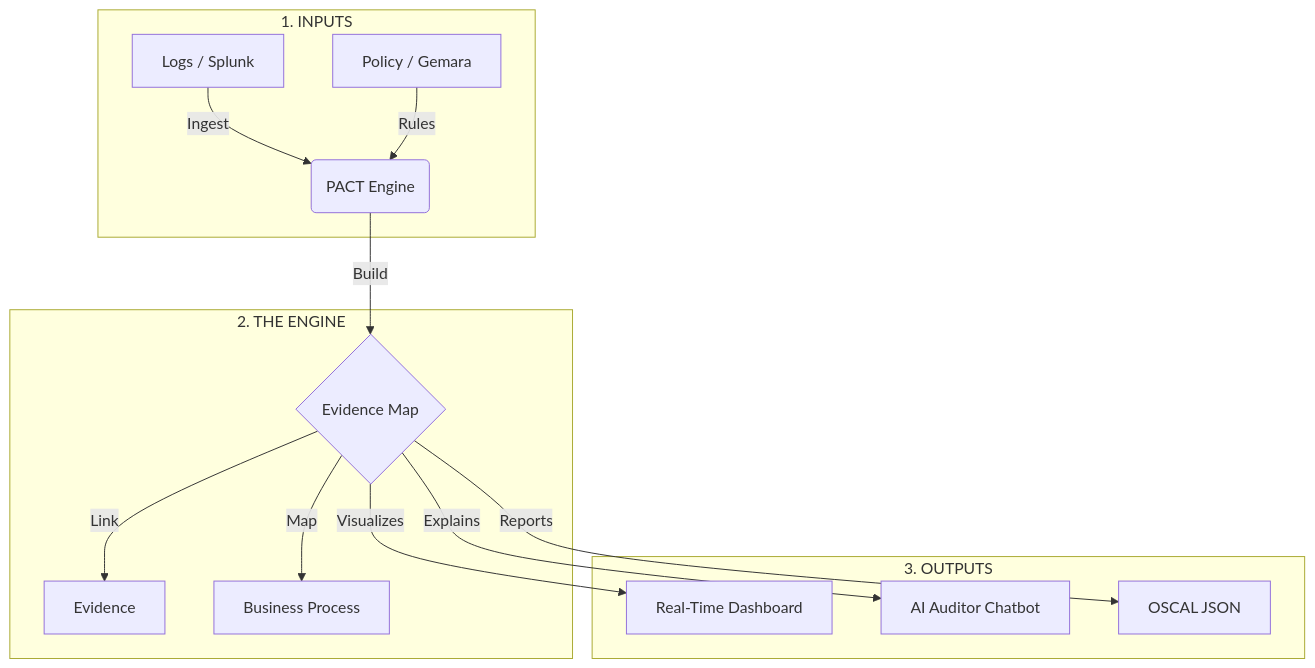
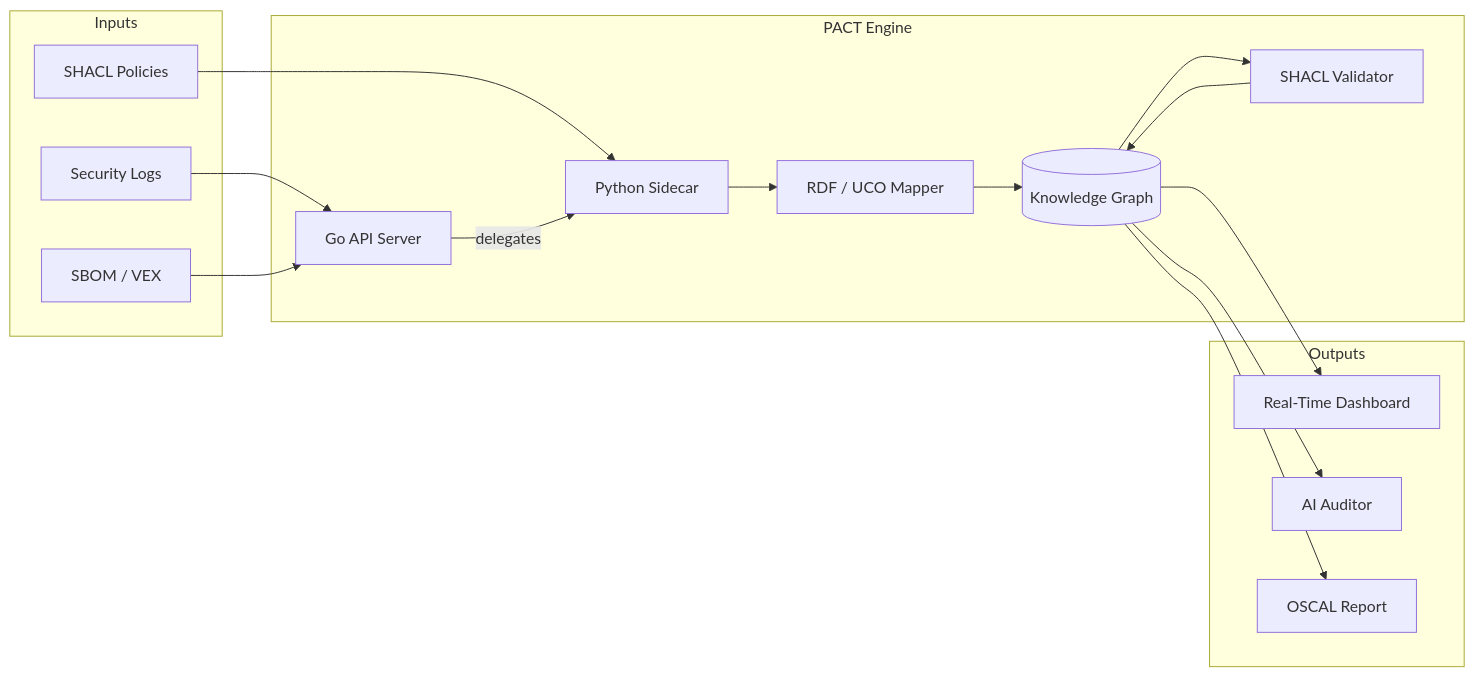
The second of 2 diagrams in README.md (andreahall12/PACT-compliance-engine), drawn with Mermaid before and after one commit. The commit also changed other lines of this file and 8 other files, not shown here.

First line of the commit message:
feat: add Go API server, VEX/SBOM support, and enhanced frontend

````diff
--- a/README.md
+++ b/README.md
@@ -114,19 +198,34 @@
 ```mermaid
-graph TD
-    subgraph inputs [1. INPUTS]
-    A[Logs / Splunk] -->|Ingest| E(PACT Engine)
-    B[Policy / Gemara] -->|Rules| E
+graph LR
+    subgraph inputs ["Inputs"]
+        A["Security Logs"]
+        B["SBOM / VEX"]
+        C["SHACL Policies"]
     end
 
-    subgraph engine [2. THE ENGINE]
-    E -->|Build| G{Evidence Map}
-    G -->|Link| H[Evidence]
-    G -->|Map| I[Business Process]
+    subgraph engine ["PACT Engine"]
+        D["Go API Server"]
+        E["Python Sidecar"]
+        F["RDF / UCO Mapper"]
+        G[("Knowledge Graph")]
+        H["SHACL Validator"]
     end
 
-    subgraph outputs [3. OUTPUTS]
-    G -->|Visualizes| J[Real-Time Dashboard]
-    G -->|Explains| K[AI Auditor Chatbot]
-    G -->|Reports| L[OSCAL JSON]
+    subgraph outputs ["Outputs"]
+        I["Real-Time Dashboard"]
+        J["AI Auditor"]
+        K["OSCAL Report"]
     end
+
+    A --> D
+    B --> D
+    C --> E
+    D -- "delegates" --> E
+    E --> F
+    F --> G
+    G --> H
+    H --> G
+    G --> I
+    G --> J
+    G --> K
 ```
````
